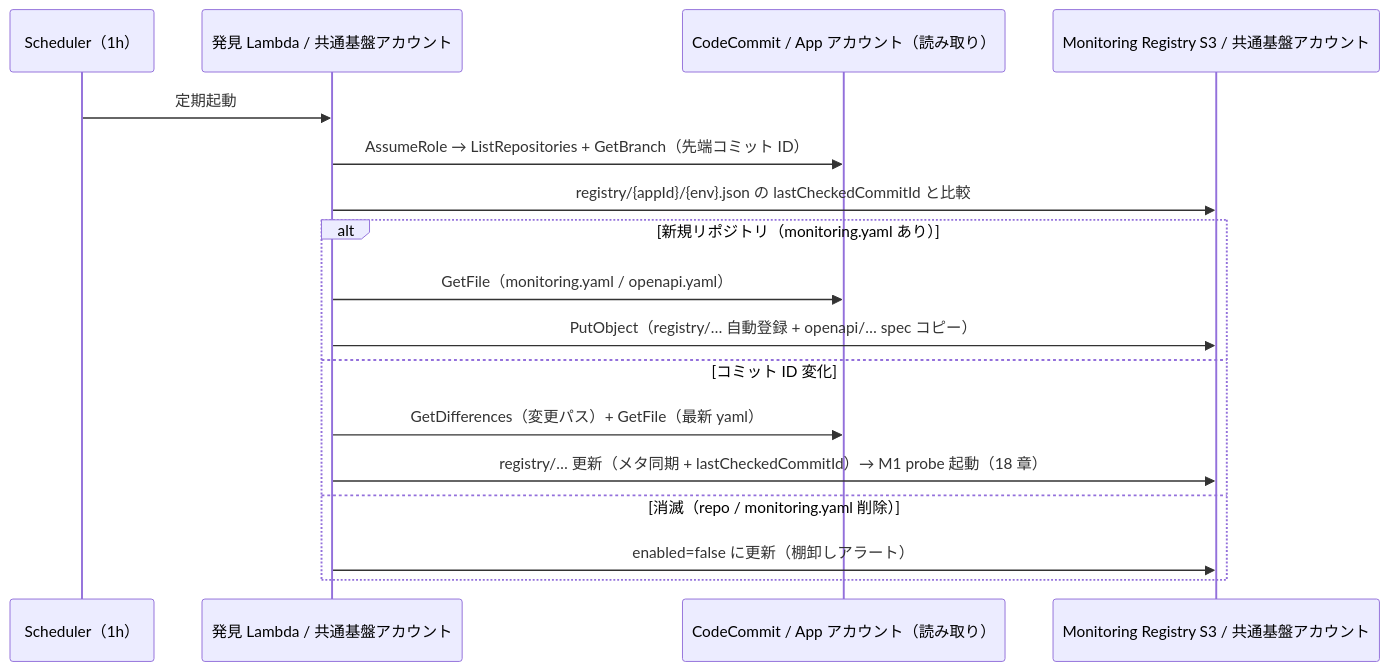
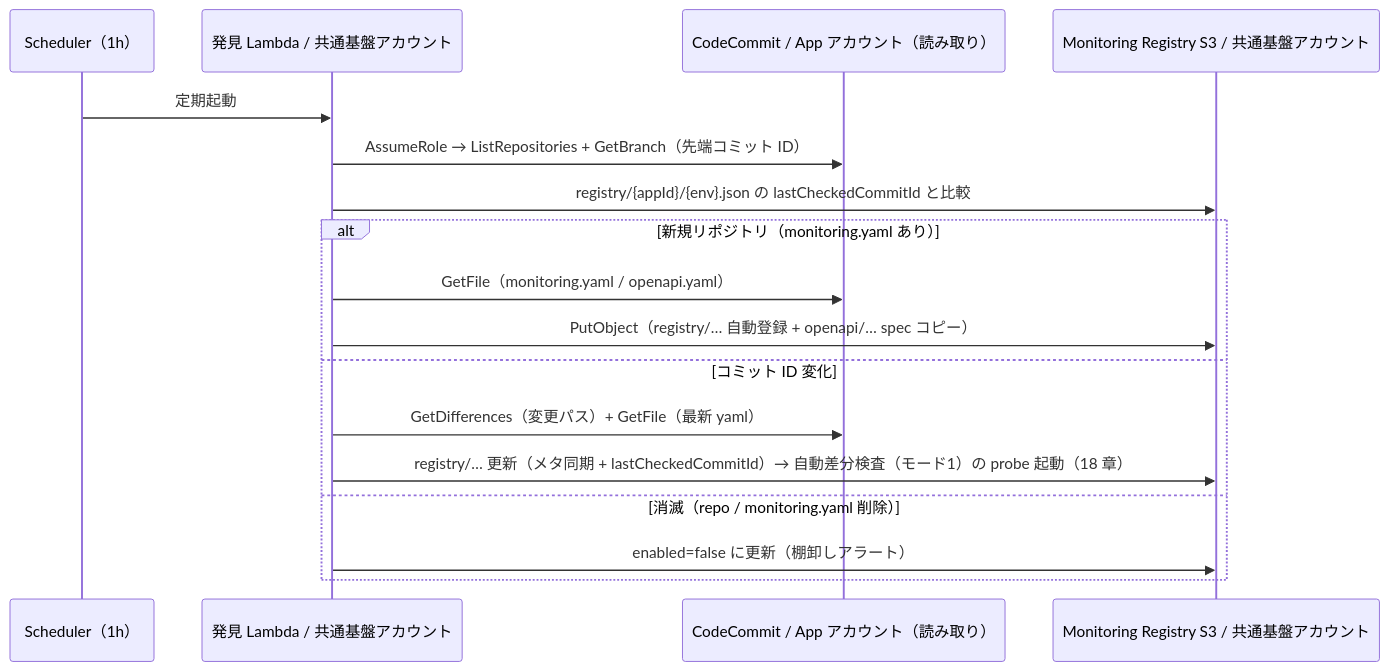
Before and after one commit to suepie/aws-atuh-poc: the diagram in doc/api-platform/basic-design/12-app-registry-design.md, drawn with Mermaid. The commit also changed other lines of this file and 15 other files, not shown here.

````diff
--- a/doc/api-platform/basic-design/12-app-registry-design.md
+++ b/doc/api-platform/basic-design/12-app-registry-design.md
@@ -80,20 +80,20 @@
 ```mermaid
 sequenceDiagram
     participant SCH as Scheduler（1h）
     participant DISC as 発見 Lambda / 共通基盤アカウント
     participant CC as CodeCommit / App アカウント（読み取り）
     participant S3 as Monitoring Registry S3 / 共通基盤アカウント
 
     SCH->>DISC: 定期起動
     DISC->>CC: AssumeRole → ListRepositories + GetBranch（先端コミット ID）
     DISC->>S3: registry/{appId}/{env}.json の lastCheckedCommitId と比較
     alt 新規リポジトリ（monitoring.yaml あり）
         DISC->>CC: GetFile（monitoring.yaml / openapi.yaml）
         DISC->>S3: PutObject（registry/… 自動登録 + openapi/… spec コピー）
     else コミット ID 変化
         DISC->>CC: GetDifferences（変更パス）+ GetFile（最新 yaml）
-        DISC->>S3: registry/… 更新（メタ同期 + lastCheckedCommitId）→ M1 probe 起動（18 章）
+        DISC->>S3: registry/… 更新（メタ同期 + lastCheckedCommitId）→ 自動差分検査（モード1）の probe 起動（18 章）
     else 消滅（repo / monitoring.yaml 削除）
         DISC->>S3: enabled=false に更新（棚卸しアラート）
     end
 ```
````
